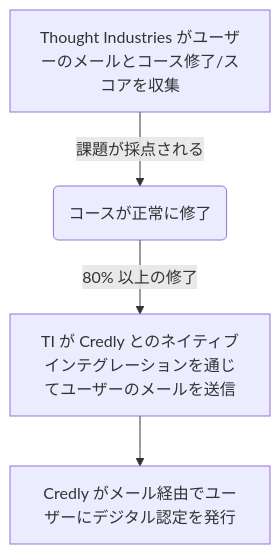
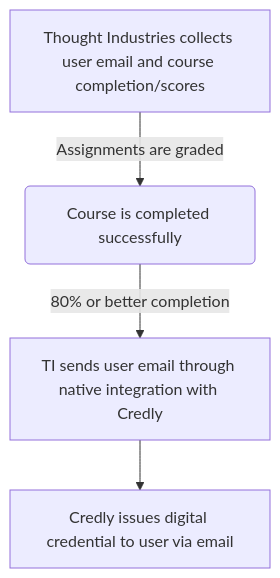
Before and after one commit to kyama0/gitlab-handbook-ja: the second of 2 diagrams in content/handbook/customer-experience/education-services/tech-stack/credly.md, drawn with Mermaid. The commit also changed other lines of this file and 20 other files, not shown here.

````diff
--- a/content/handbook/customer-experience/education-services/tech-stack/credly.md
+++ b/content/handbook/customer-experience/education-services/tech-stack/credly.md
@@ -36,6 +34,6 @@
 ```mermaid
 graph TD
-A[Thought Industries がユーザーのメールとコース修了/スコアを収集] -->|課題が採点される| B(コースが正常に修了)
-B -->|80% 以上の修了| C[TI が Credly とのネイティブインテグレーションを通じてユーザーのメールを送信]
-C --> E[Credly がメール経由でユーザーにデジタル認定を発行]
+A[Thought Industries collects user email and course completion/scores] -->|Assignments are graded| B(Course is completed successfully)
+B -->|80% or better completion| C[TI sends user email through native integration with Credly]
+C --> E[Credly issues digital credential to user via email]
 ```
````
